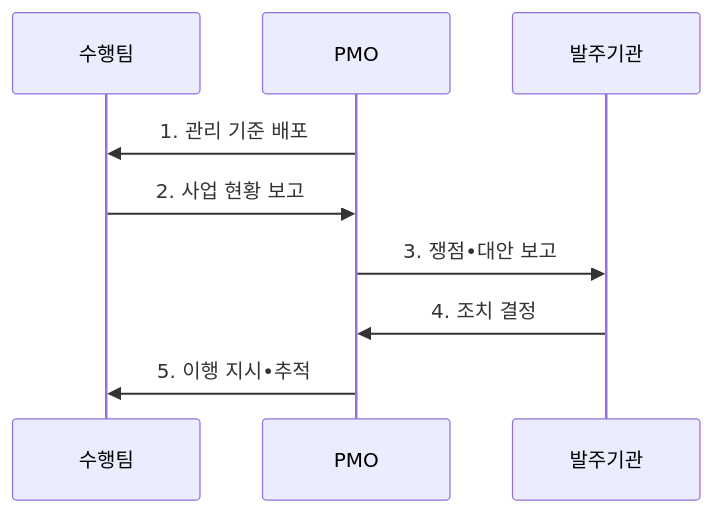
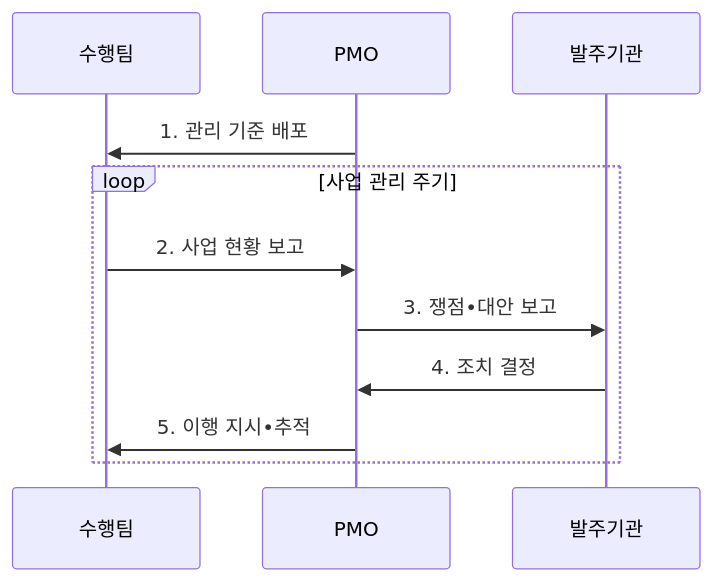
Before and after one commit to agnusdei1207/knowledge-base: the second of 2 diagrams in src/content/docs/notes/07-law-policy/008_pmo_project_management_office.md, drawn with Mermaid. The commit also changed other lines of this file and 18 other files, not shown here.

````diff
--- a/src/content/docs/notes/07-law-policy/008_pmo_project_management_office.md
+++ b/src/content/docs/notes/07-law-policy/008_pmo_project_management_office.md
@@ -104,11 +104,13 @@
 ```mermaid
 sequenceDiagram
     participant T as 수행팀
     participant P as PMO
     participant O as 발주기관
     P->>T: 1. 관리 기준 배포
-    T->>P: 2. 사업 현황 보고
-    P->>O: 3. 쟁점•대안 보고
-    O->>P: 4. 조치 결정
-    P->>T: 5. 이행 지시•추적
+    loop 사업 관리 주기
+        T->>P: 2. 사업 현황 보고
+        P->>O: 3. 쟁점•대안 보고
+        O->>P: 4. 조치 결정
+        P->>T: 5. 이행 지시•추적
+    end
 ```
````
